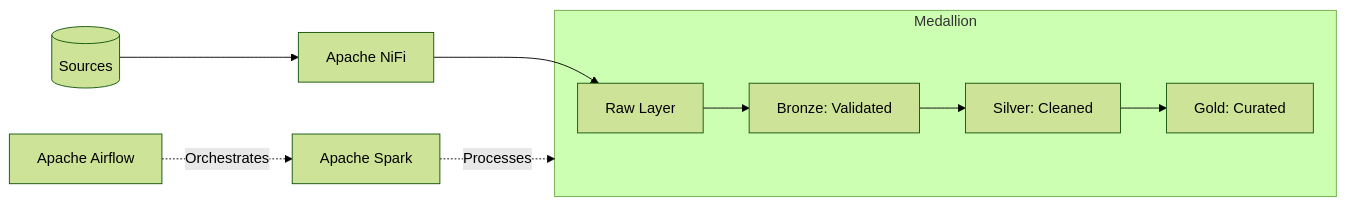
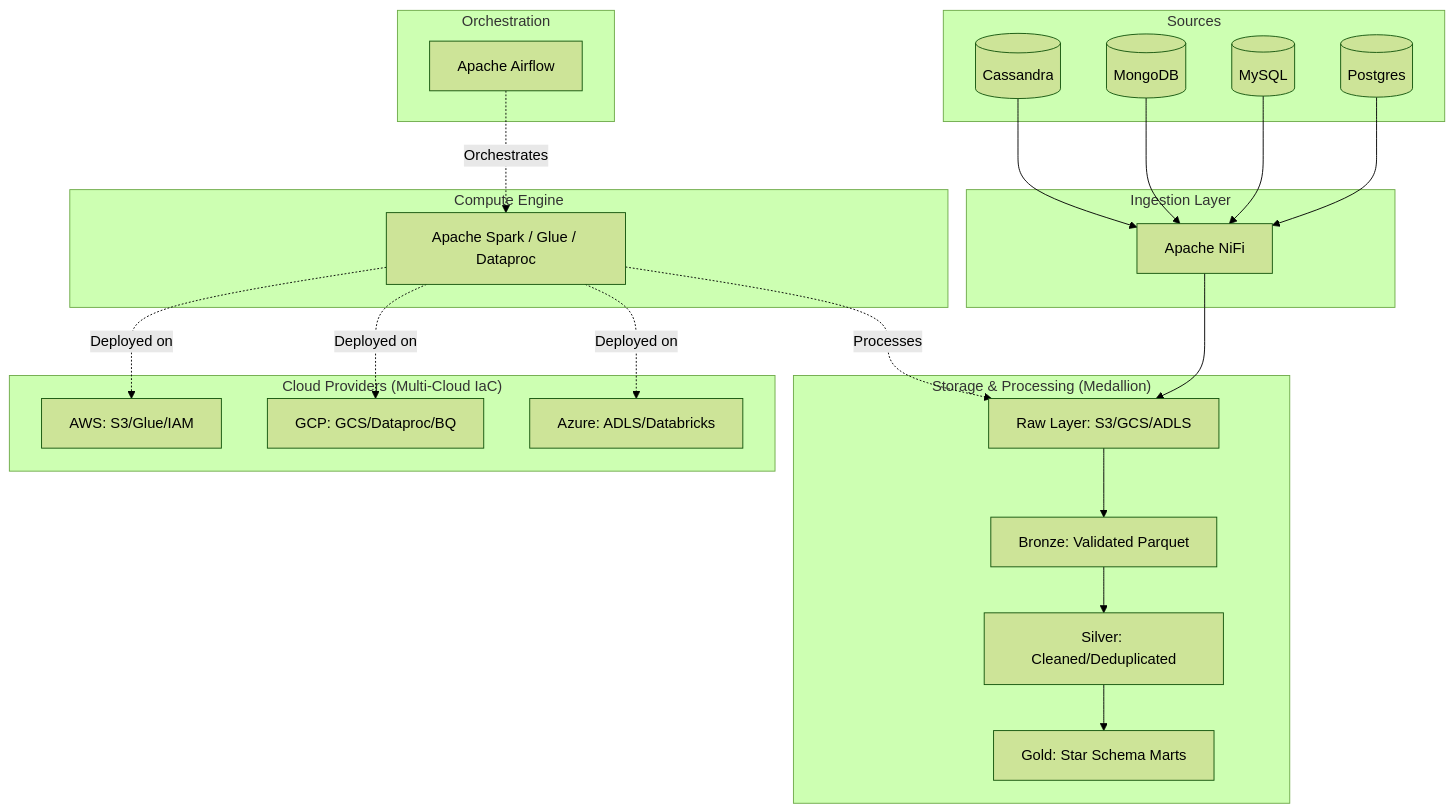
Before and after one commit to lcaladoferreira-create/enterprise-data-engineering-platform: the diagram in README.md, drawn with Mermaid (forest theme). The commit also changed other lines of this file and 15 other files, not shown here.

````diff
--- a/README.md
+++ b/README.md
@@ -16,12 +31,43 @@
 ```mermaid
-graph LR
-    Sources[(Sources)] --> NiFi[Apache NiFi]
-    NiFi --> Raw[Raw Layer]
-    subgraph Medallion
-        Raw --> Bronze[Bronze: Validated]
-        Bronze --> Silver[Silver: Cleaned]
-        Silver --> Gold[Gold: Curated]
+graph TD
+    subgraph Sources
+        PG[(Postgres)]
+        MY[(MySQL)]
+        MG[(MongoDB)]
+        CS[(Cassandra)]
     end
-    Airflow[Apache Airflow] -. Orchestrates .-> Spark[Apache Spark]
-    Spark -. Processes .-> Medallion
+
+    subgraph "Ingestion Layer"
+        NiFi[Apache NiFi]
+    end
+
+    subgraph "Storage & Processing (Medallion)"
+        Raw[Raw Layer: S3/GCS/ADLS]
+        Bronze[Bronze: Validated Parquet]
+        Silver[Silver: Cleaned/Deduplicated]
+        Gold[Gold: Star Schema Marts]
+    end
+
+    subgraph "Orchestration"
+        Airflow[Apache Airflow]
+    end
+
+    subgraph "Compute Engine"
+        Spark[Apache Spark / Glue / Dataproc]
+    end
+
+    subgraph "Cloud Providers (Multi-Cloud IaC)"
+        AWS[AWS: S3/Glue/IAM]
+        GCP[GCP: GCS/Dataproc/BQ]
+        Azure[Azure: ADLS/Databricks]
+    end
+
+    PG & MY & MG & CS --> NiFi
+    NiFi --> Raw
+    Airflow -. Orchestrates .-> Spark
+    Spark -. Processes .-> Raw
+    Raw --> Bronze
+    Bronze --> Silver
+    Silver --> Gold
+    Spark -. Deployed on .-> AWS & GCP & Azure
 ```
````
